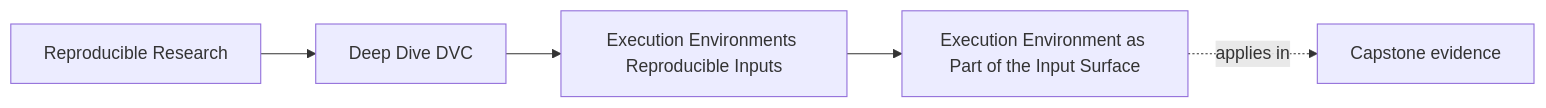
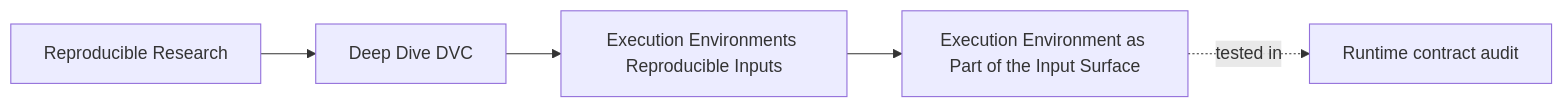
Before and after one commit to bijux/bijux-masterclass: the first of 3 diagrams in programs/reproducible-research/deep-dive-dvc/course-book/module-03-execution-environments-reproducible-inputs/execution-environment-as-part-of-the-input-surface.md, drawn with Mermaid. The commit also changed other lines of this file, not shown here.

Commit message:
docs(dvc): prove runtime belongs to the input surface

````diff
--- a/programs/reproducible-research/deep-dive-dvc/course-book/module-03-execution-environments-reproducible-inputs/execution-environment-as-part-of-the-input-surface.md
+++ b/programs/reproducible-research/deep-dive-dvc/course-book/module-03-execution-environments-reproducible-inputs/execution-environment-as-part-of-the-input-surface.md
@@ -7,11 +6,11 @@
 ```mermaid
 graph LR
   family["Reproducible Research"]
   program["Deep Dive DVC"]
   section["Execution Environments Reproducible Inputs"]
   page["Execution Environment as Part of the Input Surface"]
-  capstone["Capstone evidence"]
+  capstone["Runtime contract audit"]
 
   family --> program --> section --> page
-  page -.applies in.-> capstone
+  page -.tested in.-> capstone
 ```
````
